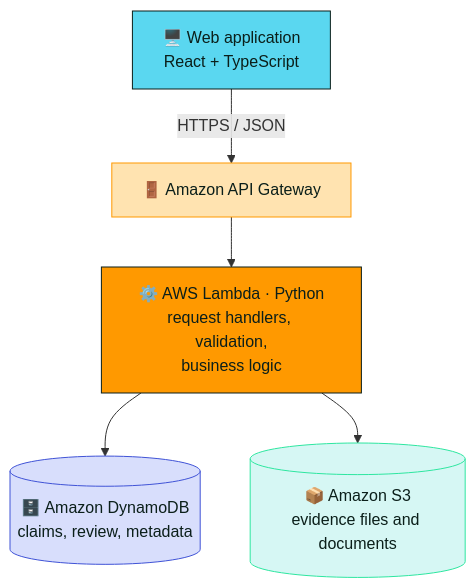
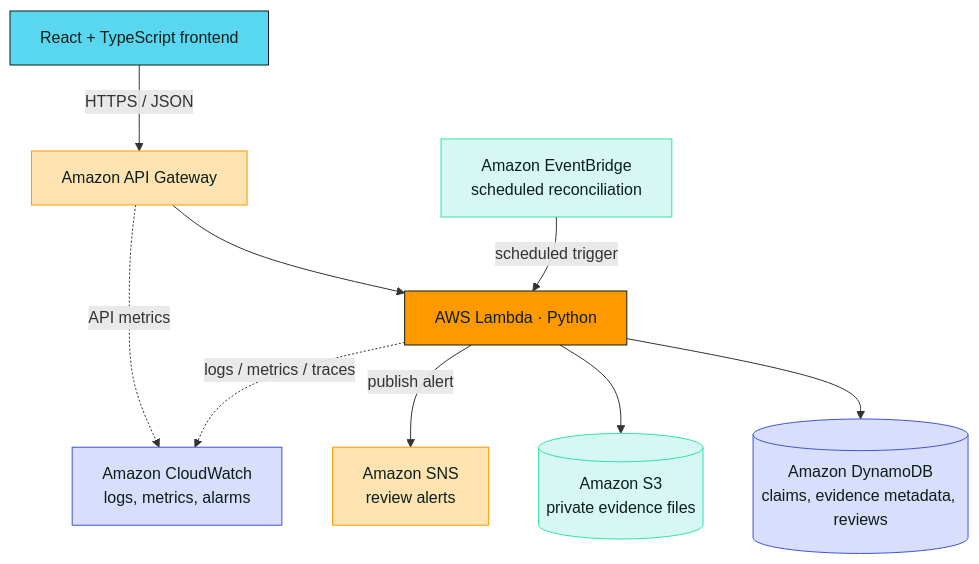
Before and after one commit to Alcatraz234156/CycleProof: the second of 5 diagrams in README.md, drawn with Mermaid. The commit also changed other lines of this file and 9 other files, not shown here.

````diff
--- a/README.md
+++ b/README.md
@@ -182,19 +197,29 @@
 ```mermaid
 flowchart TB
-    Web["🖥️ Web application<br/>React + TypeScript"]
-    GW["🚪 Amazon API Gateway"]
-    FN["⚙️ AWS Lambda · Python<br/>request handlers, validation,<br/>business logic"]
-    DB[("🗄️ Amazon DynamoDB<br/>claims, review, metadata")]
-    S3[("📦 Amazon S3<br/>evidence files and documents")]
+    Web["React + TypeScript frontend"]
+    GW["Amazon API Gateway"]
+    FN["AWS Lambda · Python"]
+    DB[("Amazon DynamoDB<br/>claims, evidence metadata, reviews")]
+    S3[("Amazon S3<br/>private evidence files")]
+    EB["Amazon EventBridge<br/>scheduled reconciliation"]
+    CW["Amazon CloudWatch<br/>logs, metrics, alarms"]
+    SNS["Amazon SNS<br/>review alerts"]
 
     Web -- "HTTPS / JSON" --> GW
     GW --> FN
     FN --> DB
     FN --> S3
+    EB -- "scheduled trigger" --> FN
+    FN -- "publish alert" --> SNS
+    FN -. "logs / metrics / traces" .-> CW
+    GW -. "API metrics" .-> CW
 
     style Web fill:#5ad7f0,stroke:#0b1f1a,color:#0b1f1a
     style GW fill:#ffe3b0,stroke:#FF9900,color:#0b1f1a
     style FN fill:#FF9900,stroke:#0b1f1a,color:#0b1f1a
     style DB fill:#d8defc,stroke:#4053D6,color:#0b1f1a
     style S3 fill:#d6f7f4,stroke:#2ee6a0,color:#0b1f1a
+    style EB fill:#d6f7f4,stroke:#2ee6a0,color:#0b1f1a
+    style CW fill:#d8defc,stroke:#4053D6,color:#0b1f1a
+    style SNS fill:#ffe3b0,stroke:#FF9900,color:#0b1f1a
 ```
````
